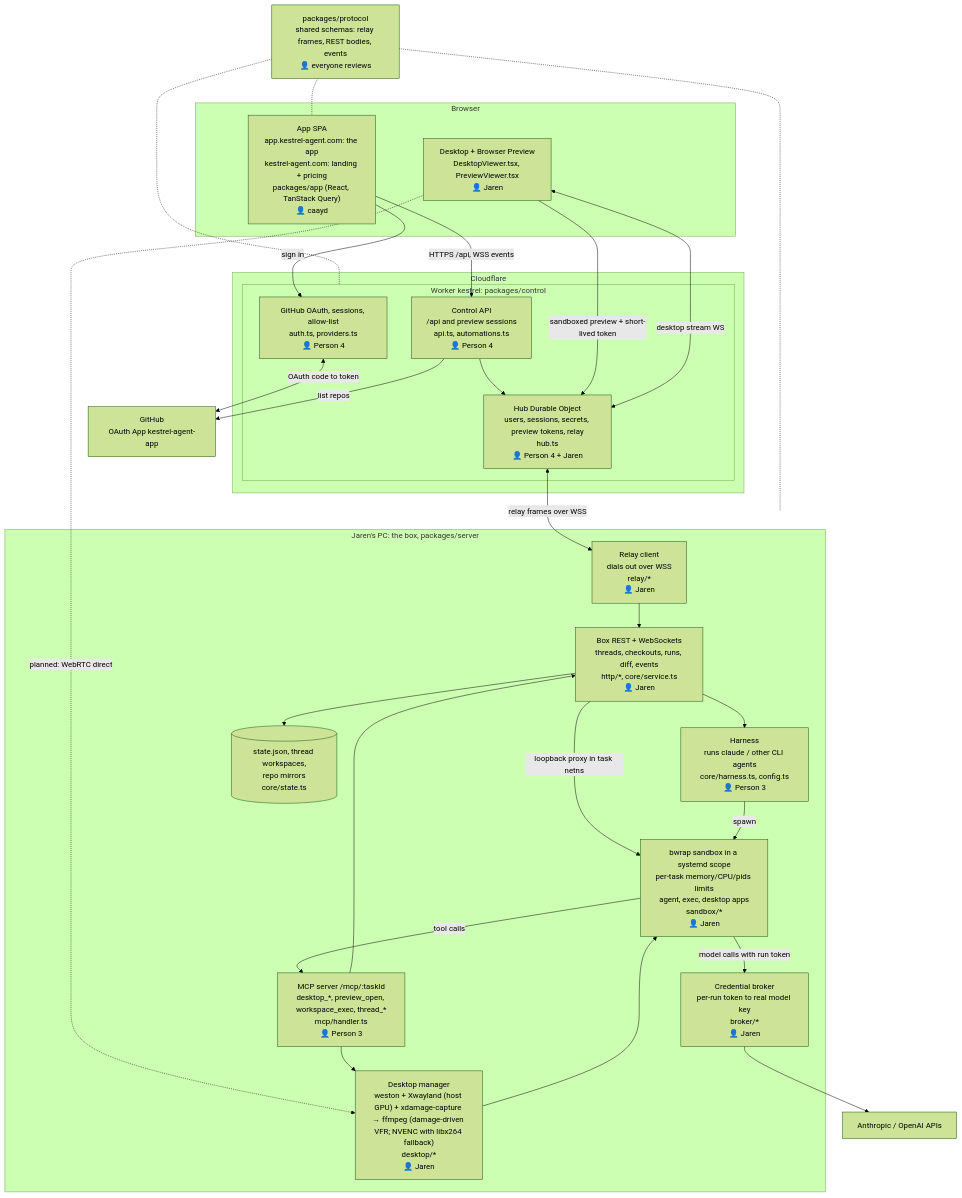
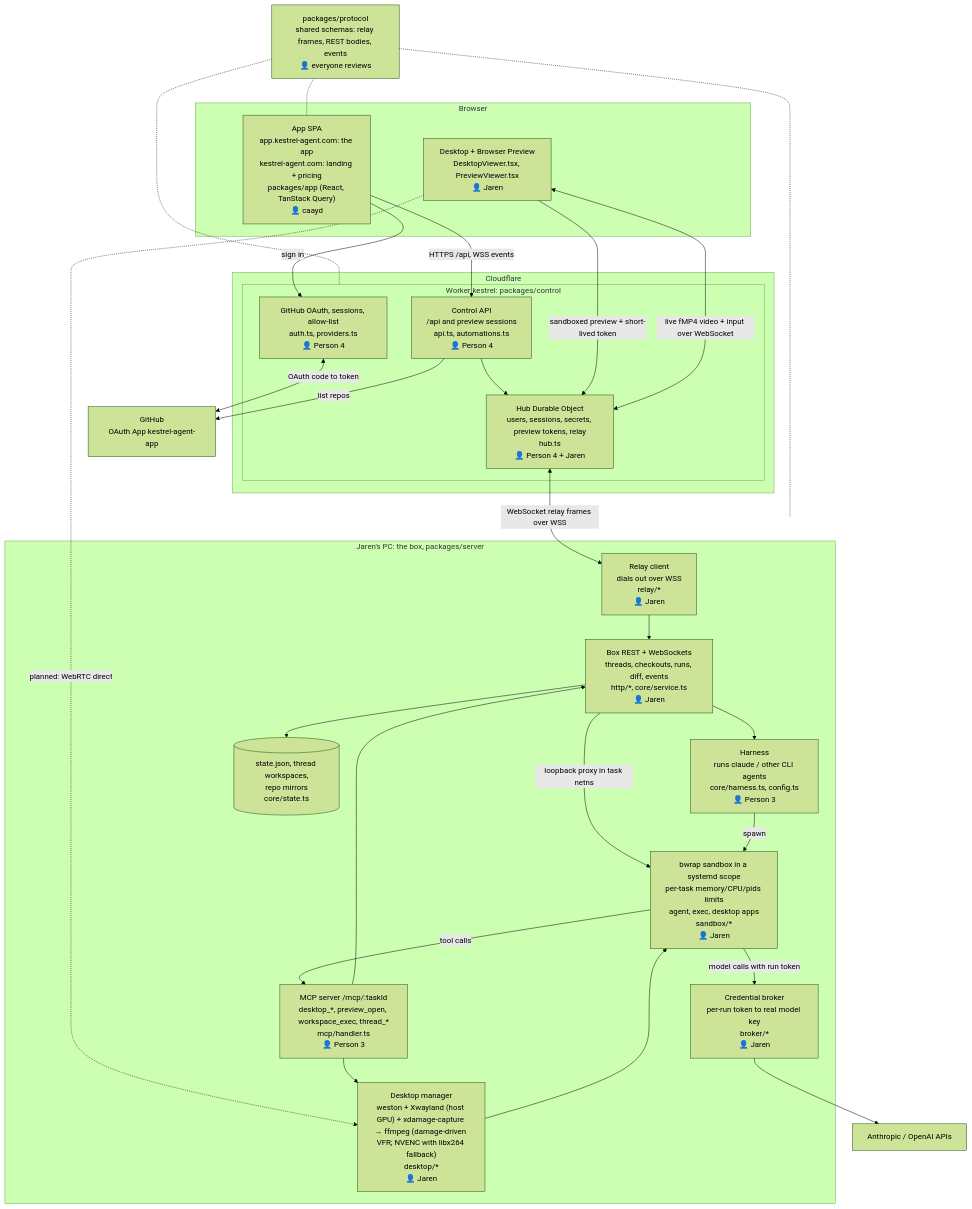
One commit to jarenm1/kestrel changed the diagram in docs/architecture.md. Above: the diagram before and after it, drawn with Mermaid (forest theme). The commit also changed other lines of this file and 1 other file, not shown here.

Commit message:
docs: clarify current desktop streaming path

````diff
--- a/docs/architecture.md
+++ b/docs/architecture.md
@@ -3,56 +3,56 @@
 ```mermaid
 flowchart TB
   subgraph Browser["Browser"]
     APP["App SPA<br/>app.kestrel-agent.com: the app<br/>kestrel-agent.com: landing + pricing<br/>packages/app (React, TanStack Query)<br/>👤 caayd"]
     VIEW["Desktop + Browser Preview<br/>DesktopViewer.tsx, PreviewViewer.tsx<br/>👤 Jaren"]
   end
 
   subgraph CF["Cloudflare"]
     subgraph CTRL["Worker kestrel: packages/control"]
       AUTH["GitHub OAuth, sessions, allow-list<br/>auth.ts, providers.ts<br/>👤 Person 4"]
       API["Control API<br/>/api and preview sessions<br/>api.ts, automations.ts<br/>👤 Person 4"]
       HUB["Hub Durable Object<br/>users, sessions, secrets, preview tokens, relay<br/>hub.ts<br/>👤 Person 4 + Jaren"]
     end
   end
 
   GH["GitHub<br/>OAuth App kestrel-agent-app"]
 
   subgraph PC["Jaren's PC: the box, packages/server"]
     RELAY["Relay client<br/>dials out over WSS<br/>relay/*<br/>👤 Jaren"]
     REST["Box REST + WebSockets<br/>threads, checkouts, runs, diff, events<br/>http/*, core/service.ts<br/>👤 Jaren"]
     HARN["Harness<br/>runs claude / other CLI agents<br/>core/harness.ts, config.ts<br/>👤 Person 3"]
     MCP["MCP server /mcp/:taskId<br/>desktop_*, preview_open, workspace_exec, thread_*<br/>mcp/handler.ts<br/>👤 Person 3"]
     BROKER["Credential broker<br/>per-run token to real model key<br/>broker/*<br/>👤 Jaren"]
     SB["bwrap sandbox in a systemd scope<br/>per-task memory/CPU/pids limits<br/>agent, exec, desktop apps<br/>sandbox/*<br/>👤 Jaren"]
     DESK["Desktop manager<br/>weston + Xwayland (host GPU) + xdamage-capture → ffmpeg (damage-driven VFR; NVENC with libx264 fallback)<br/>desktop/*<br/>👤 Jaren"]
     STATE[("state.json, thread workspaces,<br/>repo mirrors<br/>core/state.ts")]
   end
 
   LLM["Anthropic / OpenAI APIs"]
 
   APP -->|HTTPS /api, WSS events| API
   APP -->|sign in| AUTH
   AUTH <-->|OAuth code to token| GH
   API -->|list repos| GH
   API --> HUB
-  HUB <-->|relay frames over WSS| RELAY
+  HUB <-->|WebSocket relay frames over WSS| RELAY
   VIEW -->|sandboxed preview + short-lived token| HUB
-  VIEW <-->|desktop stream WS| HUB
+  VIEW <-->|live fMP4 video + input over WebSocket| HUB
   VIEW -.->|planned: WebRTC direct| DESK
   RELAY --> REST
   REST -->|loopback proxy in task netns| SB
   REST --> HARN
   REST --> STATE
   HARN -->|spawn| SB
   SB -->|tool calls| MCP
   SB -->|model calls with run token| BROKER
   BROKER --> LLM
   MCP --> DESK
   MCP --> REST
   DESK --> SB
 
   PROTO["packages/protocol<br/>shared schemas: relay frames, REST bodies, events<br/>👤 everyone reviews"]
   PROTO -.- APP
   PROTO -.- CTRL
   PROTO -.- PC
 ```
````
